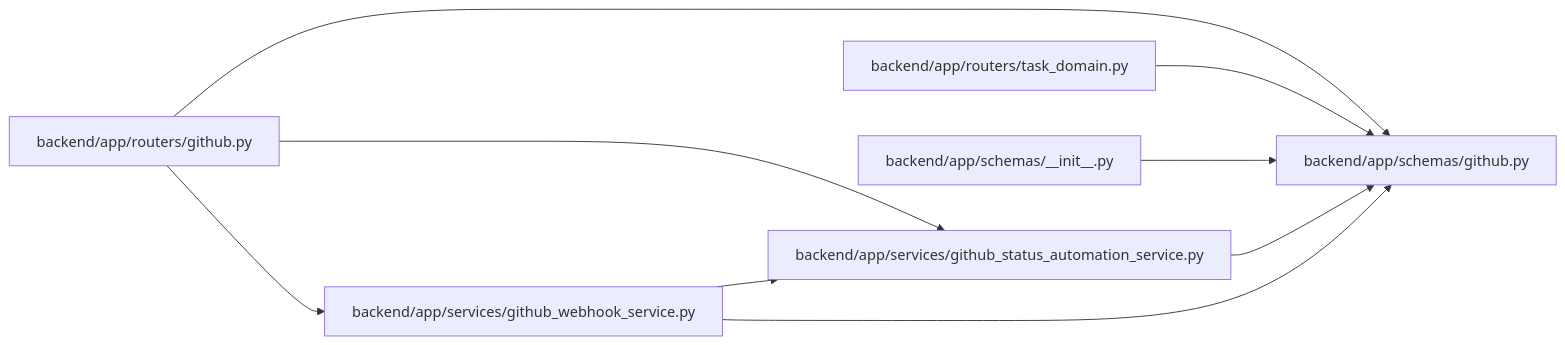
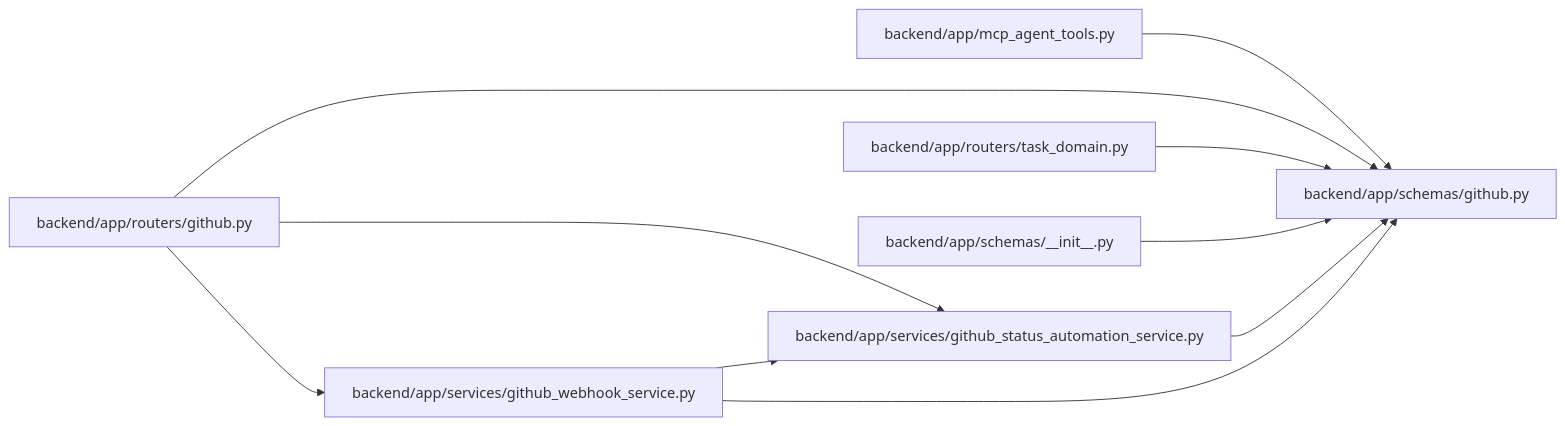
Before and after one commit to Denissvgn/WorkChord: the diagram in docs/llm_wiki/modules/schemas_github.md, drawn with Mermaid. The commit also changed other lines of this file and 1420 other files, not shown here.

First line of the commit message:
Refresh the architectural wiki for the 1.10.0 changes

````diff
--- a/docs/llm_wiki/modules/schemas_github.md
+++ b/docs/llm_wiki/modules/schemas_github.md
@@ -20,23 +20,26 @@
 ```mermaid
 flowchart LR
-    n0["backend/app/routers/github.py"]
-    n1["backend/app/routers/task_domain.py"]
-    n2["backend/app/schemas/__init__.py"]
-    n3["backend/app/schemas/github.py"]
-    n4["backend/app/services/github_status_automation_service.py"]
-    n5["backend/app/services/github_webhook_service.py"]
-    n0 --> n3
+    n0["backend/app/mcp_agent_tools.py"]
+    n1["backend/app/routers/github.py"]
+    n2["backend/app/routers/task_domain.py"]
+    n3["backend/app/schemas/__init__.py"]
+    n4["backend/app/schemas/github.py"]
+    n5["backend/app/services/github_status_automation_service.py"]
+    n6["backend/app/services/github_webhook_service.py"]
     n0 --> n4
-    n0 --> n5
-    n1 --> n3
-    n2 --> n3
-    n4 --> n3
-    n5 --> n3
+    n1 --> n4
+    n1 --> n5
+    n1 --> n6
+    n2 --> n4
+    n3 --> n4
     n5 --> n4
-    click n0 "../modules/routers_github.md"
-    click n1 "../modules/routers_task_domain.md"
-    click n2 "../modules/schemas___init__.md"
-    click n3 "../modules/schemas_github.md"
-    click n4 "../modules/github_status_automation_service.md"
-    click n5 "../modules/github_webhook_service.md"
+    n6 --> n4
+    n6 --> n5
+    click n0 "../modules/mcp_agent_tools.md"
+    click n1 "../modules/routers_github.md"
+    click n2 "../modules/routers_task_domain.md"
+    click n3 "../modules/schemas___init__.md"
+    click n4 "../modules/schemas_github.md"
+    click n5 "../modules/github_status_automation_service.md"
+    click n6 "../modules/github_webhook_service.md"
 ```
````
